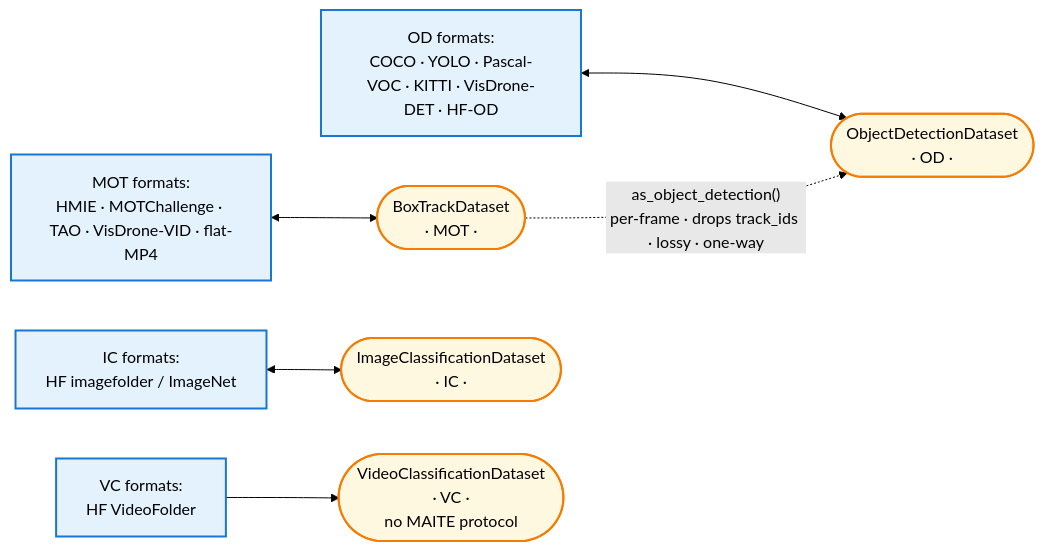
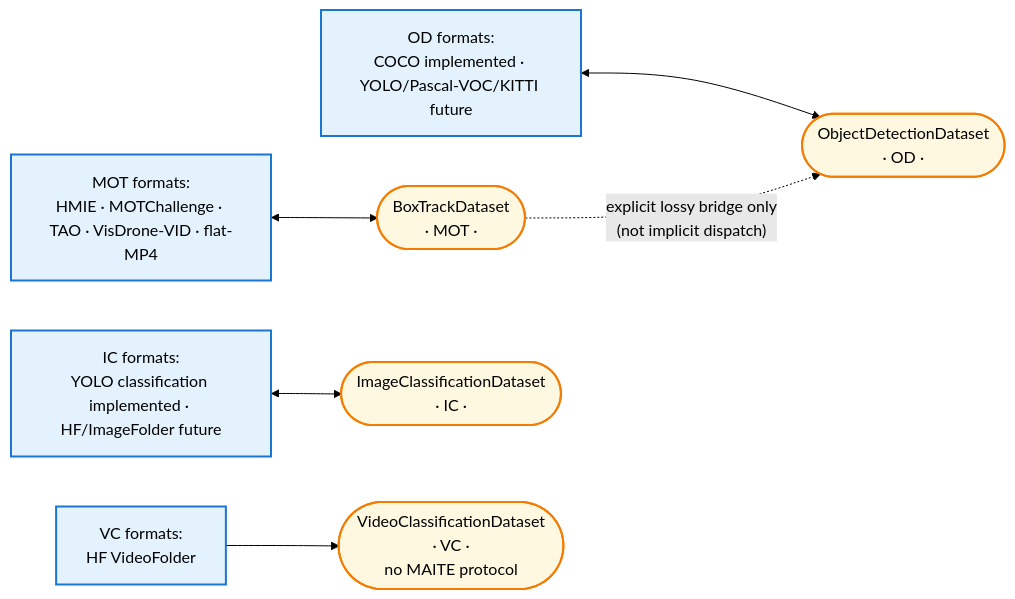
The tenth of 10 diagrams in docs/architecture.md (openteams-ai/datamaite), drawn with Mermaid (forest theme) before and after one commit. The commit also changed other lines of this file and 53 other files, not shown here.

Commit message:
Object detection (COCO) & image classification (YOLO) via task-aware registries

````diff
--- a/docs/architecture.md
+++ b/docs/architecture.md
@@ -928,13 +974,13 @@
 ```mermaid
 flowchart LR
     fM["MOT formats:<br/>HMIE · MOTChallenge · TAO · VisDrone-VID · flat-MP4"] <--> IRM(["BoxTrackDataset<br/>· MOT ·"])
-    fO["OD formats:<br/>COCO · YOLO · Pascal-VOC · KITTI · VisDrone-DET · HF-OD"] <--> IRO(["ObjectDetectionDataset<br/>· OD ·"])
-    fI["IC formats:<br/>HF imagefolder / ImageNet"] <--> IRI(["ImageClassificationDataset<br/>· IC ·"])
+    fO["OD formats:<br/>COCO implemented · YOLO/Pascal-VOC/KITTI future"] <--> IRO(["ObjectDetectionDataset<br/>· OD ·"])
+    fI["IC formats:<br/>YOLO classification implemented · HF/ImageFolder future"] <--> IRI(["ImageClassificationDataset<br/>· IC ·"])
     fV["VC formats:<br/>HF VideoFolder"] --> IRV(["VideoClassificationDataset<br/>· VC ·<br/>no MAITE protocol"])
-    IRM -. "as_object_detection()<br/>per-frame · drops track_ids · lossy · one-way" .-> IRO
+    IRM -. "explicit lossy bridge only<br/>(not implicit dispatch)" .-> IRO
 
     classDef ir fill:#fff8e1,stroke:#f57c00,stroke-width:2px;
     classDef fmt fill:#e3f2fd,stroke:#1976d2,stroke-width:2px;
     class IRM,IRO,IRI,IRV ir;
     class fM,fO,fI,fV fmt;
 ```
````
